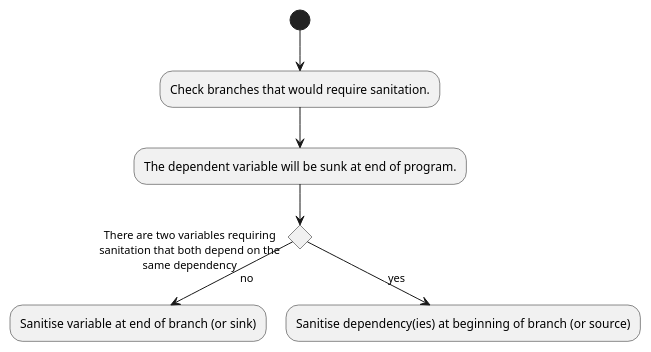
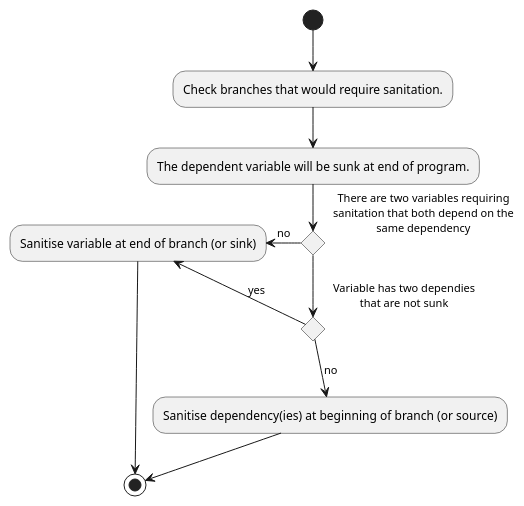
One commit to f4z3r/pass_project changed the second of 2 diagrams in README.md. Above: the diagram before and after it, drawn with PlantUML. The commit also changed other lines of this file and 1 other file, not shown here.

````diff
--- a/README.md
+++ b/README.md
@@ -154,12 +102,18 @@
 ```plantuml
 @startuml
 (*) --> "Check branches that would require sanitation."
 --> "The dependent variable will be sunk at end of program."
 if "There are two variables requiring\nsanitation that both depend on the\nsame dependency" then
-  -->[no] "Sanitise variable at end of branch (or sink)"
+  -left->[no] "Sanitise variable at end of branch (or sink)"
+  --> (*)
 else
-  -->[yes] "Sanitise dependency(ies) at beginning of branch (or source)"
+  if "Variable has two dependies\nthat are not sunk" then
+    -->[no] "Sanitise dependency(ies) at beginning of branch (or source)"
+    --> (*)
+  else
+    -->[yes] "Sanitise variable at end of branch (or sink)"
+  endif
 endif
 
 @enduml
 ```
````
